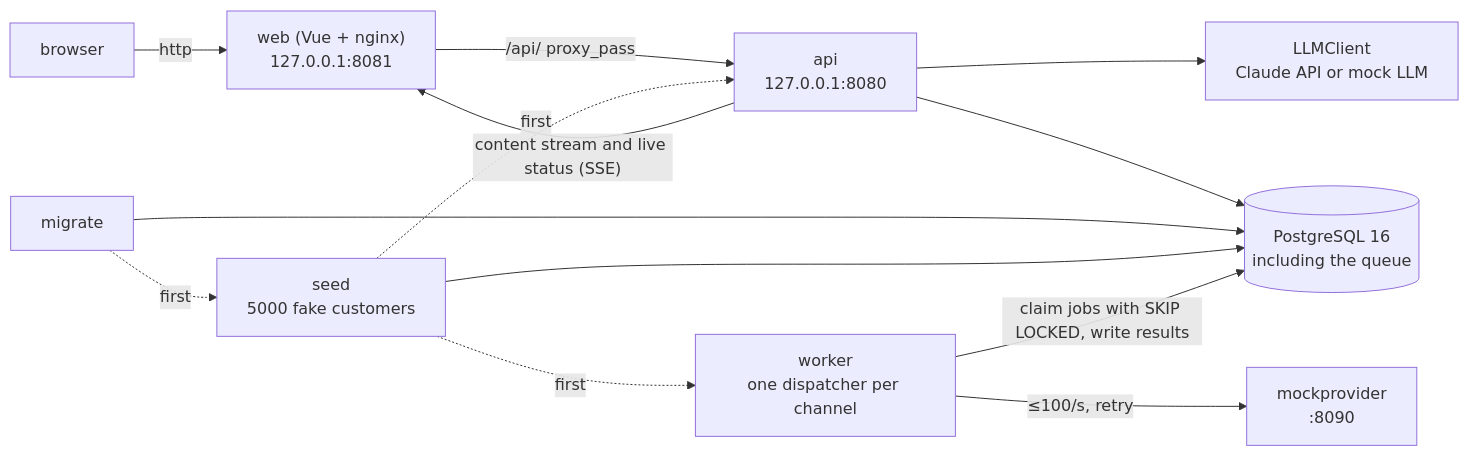
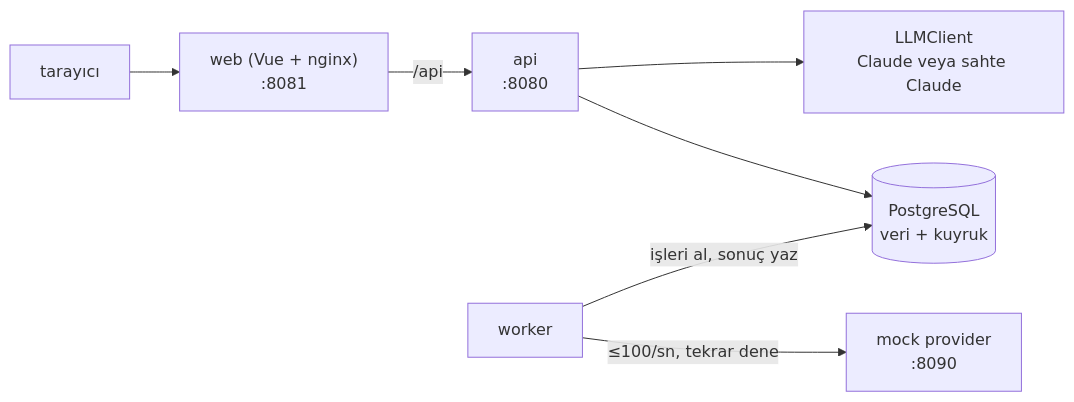
The diagram in README.md (gulcint/smart-campaign-composer), drawn with Mermaid before and after one commit. The commit also changed other lines of this file, not shown here.

````diff
--- a/README.md
+++ b/README.md
@@ -111,25 +91,9 @@
 ```mermaid
 flowchart LR
-  browser["browser"]
-  web["web (Vue + nginx)<br/>127.0.0.1:8081"]
-  api["api<br/>127.0.0.1:8080"]
-  llm["LLMClient<br/>Claude API or mock LLM"]
-  db[("PostgreSQL 16<br/>including the queue")]
-  migrate["migrate"]
-  seed["seed<br/>5000 fake customers"]
-  worker["worker<br/>one dispatcher per channel"]
-  mock["mockprovider<br/>:8090"]
-
-  browser -- "http" --> web
-  web -- "/api/ proxy_pass" --> api
-  api -- "content stream and live status (SSE)" --> web
-  api --> llm
-  api --> db
-  migrate --> db
-  seed --> db
-  worker -- "claim jobs with SKIP LOCKED, write results" --> db
-  worker -- "≤100/s, retry" --> mock
-  migrate -.->|"first"| seed
-  seed -.->|"first"| api
-  seed -.->|"first"| worker
+  browser["tarayıcı"] --> web["web (Vue + nginx)<br/>:8081"]
+  web -- "/api" --> api["api<br/>:8080"]
+  api --> llm["LLMClient<br/>Claude veya sahte Claude"]
+  api --> db[("PostgreSQL<br/>veri + kuyruk")]
+  worker["worker"] -- "işleri al, sonuç yaz" --> db
+  worker -- "≤100/sn, tekrar dene" --> mock["mock provider<br/>:8090"]
 ```
````
